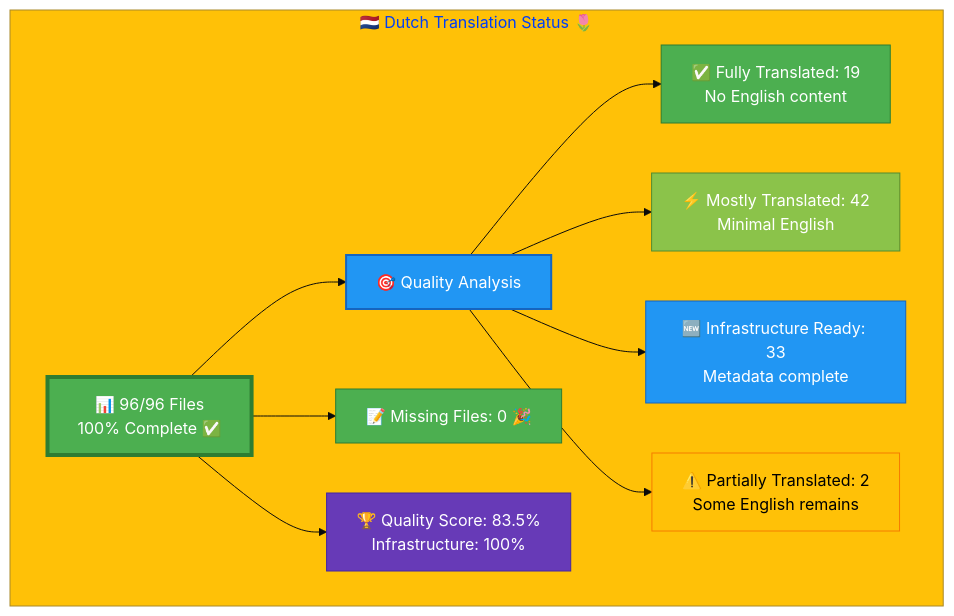
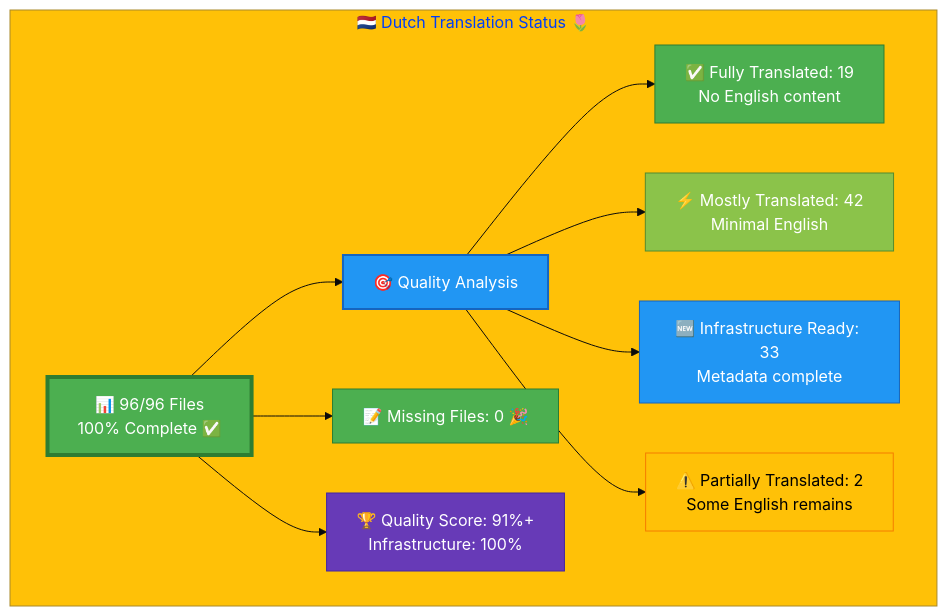
Before and after one commit to Hack23/homepage: the diagram in Dutch-Translation-Status.md, drawn with Mermaid. The commit also changed other lines of this file and 1 other file, not shown here.

Commit message:
Update Dutch translation status documentation - 91%+ quality achieved

````diff
--- a/Dutch-Translation-Status.md
+++ b/Dutch-Translation-Status.md
@@ -16,26 +16,26 @@
 ```mermaid
 %%{init: {'theme':'base', 'themeVariables': {'primaryColor':'#4CAF50','secondaryColor':'#2196F3','tertiaryColor':'#FFC107','fontSize':'16px'}}}%%
 graph TB
     subgraph "🇳🇱 Dutch Translation Status 🌷"
         A["📊 96/96 Files<br/>100% Complete ✅"]
         
         A --> B["🎯 Quality Analysis"]
         B --> C["✅ Fully Translated: 19<br/>No English content"]
         B --> D["⚡ Mostly Translated: 42<br/>Minimal English"]
         B --> E["🆕 Infrastructure Ready: 33<br/>Metadata complete"]
         B --> F["⚠️  Partially Translated: 2<br/>Some English remains"]
         
         A --> G["📝 Missing Files: 0 🎉"]
         
-        A --> H["🏆 Quality Score: 83.5%<br/>Infrastructure: 100%"]
+        A --> H["🏆 Quality Score: 91%+<br/>Infrastructure: 100%"]
         
         style A fill:#4CAF50,stroke:#2E7D32,color:#fff,stroke-width:4px
         style B fill:#2196F3,stroke:#1565C0,color:#fff,stroke-width:2px
         style C fill:#4CAF50,stroke:#2E7D32,color:#fff
         style D fill:#8BC34A,stroke:#558B2F,color:#fff
         style E fill:#2196F3,stroke:#1565C0,color:#fff
         style F fill:#FFC107,stroke:#F57C00,color:#000
         style G fill:#4CAF50,stroke:#2E7D32,color:#fff
         style H fill:#673AB7,stroke:#4527A0,color:#fff
     end
 ```
````
